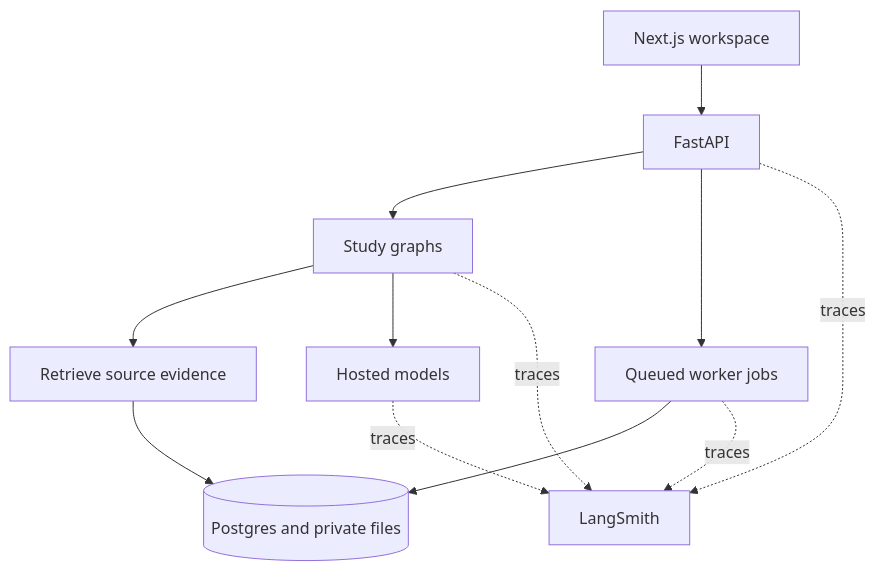
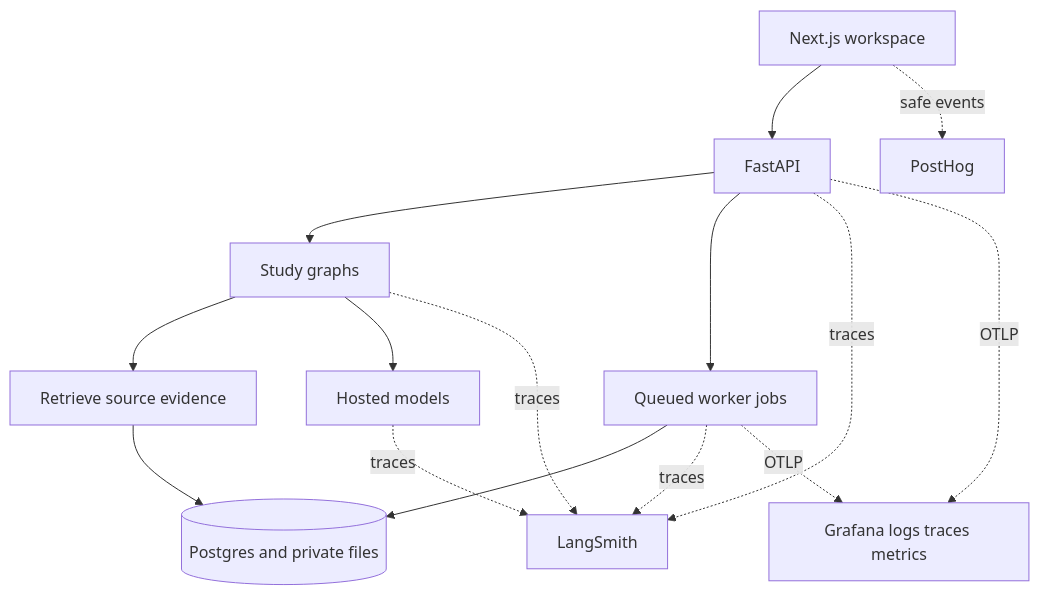
Before and after one commit to rabhishek100/agentic_study_partner: the diagram in README.md, drawn with Mermaid. The commit also changed other lines of this file and 17 other files, not shown here.

````diff
--- a/README.md
+++ b/README.md
@@ -25,14 +25,17 @@
 ```mermaid
 flowchart TD
     UI[Next.js workspace] --> API[FastAPI]
     API --> G[Study graphs]
     API --> W[Queued worker jobs]
     W --> D[(Postgres and private files)]
     G --> R[Retrieve source evidence]
     R --> D
     G --> M[Hosted models]
     G -. traces .-> L[LangSmith]
     API -. traces .-> L
     W -. traces .-> L
     M -. traces .-> L
+    API -. OTLP .-> O[Grafana logs traces metrics]
+    W -. OTLP .-> O
+    UI -. safe events .-> P[PostHog]
 ```
````
